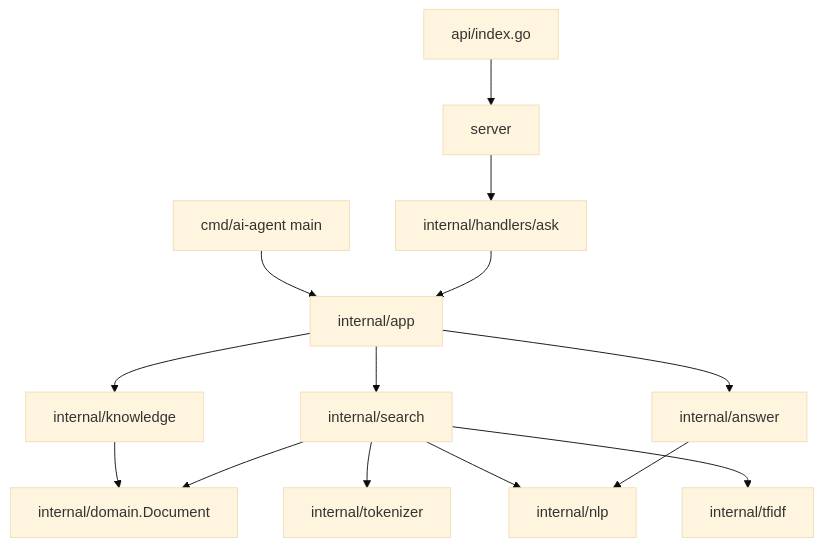
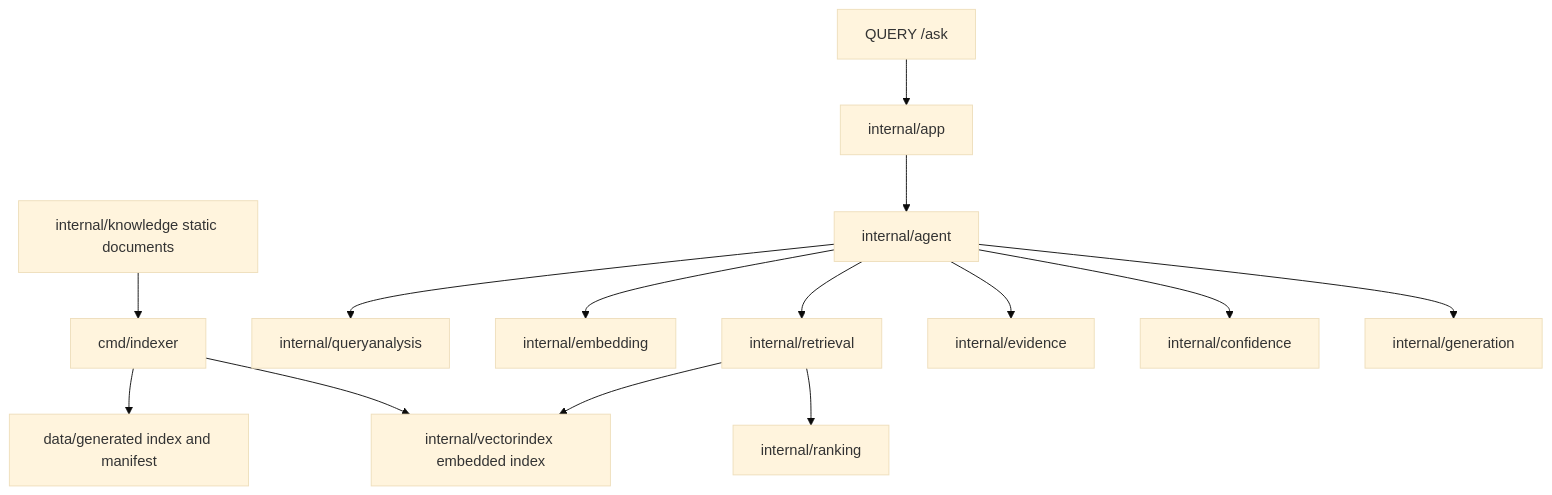
One commit to Joaopdiasventura/ai-agent changed the diagram in README.md. Above: the diagram before and after it, drawn with Mermaid (base theme). The commit also changed other lines of this file and 23 other files, not shown here.

````diff
--- a/README.md
+++ b/README.md
@@ -73,16 +11,30 @@
 ```mermaid
 flowchart TD
-    CLI["cmd/ai-agent main"] --> App["internal/app"]
-    Vercel["api/index.go"] --> Server["server"]
-    Server --> Handler["internal/handlers/ask"]
-    Handler --> App
-    App --> Knowledge["internal/knowledge"]
-    App --> Search["internal/search"]
-    Search --> Tokenizer["internal/tokenizer"]
-    Search --> NLP["internal/nlp"]
-    Search --> TFIDF["internal/tfidf"]
-    App --> Answer["internal/answer"]
-    Knowledge --> Domain["internal/domain.Document"]
-    Search --> Domain
-    Answer --> NLP
+    Knowledge[internal/knowledge static documents]
+    Indexer[cmd/indexer]
+    Generated[data/generated index and manifest]
+    Embedded[internal/vectorindex embedded index]
+    Handler[QUERY /ask]
+    App[internal/app]
+    Agent[internal/agent]
+    Query[internal/queryanalysis]
+    Embedding[internal/embedding]
+    Retrieval[internal/retrieval]
+    Ranking[internal/ranking]
+    Evidence[internal/evidence]
+    Confidence[internal/confidence]
+    Generation[internal/generation]
+
+    Knowledge --> Indexer
+    Indexer --> Generated
+    Indexer --> Embedded
+    Handler --> App --> Agent
+    Agent --> Query
+    Agent --> Embedding
+    Agent --> Retrieval
+    Retrieval --> Embedded
+    Retrieval --> Ranking
+    Agent --> Evidence
+    Agent --> Confidence
+    Agent --> Generation
 ```
````
